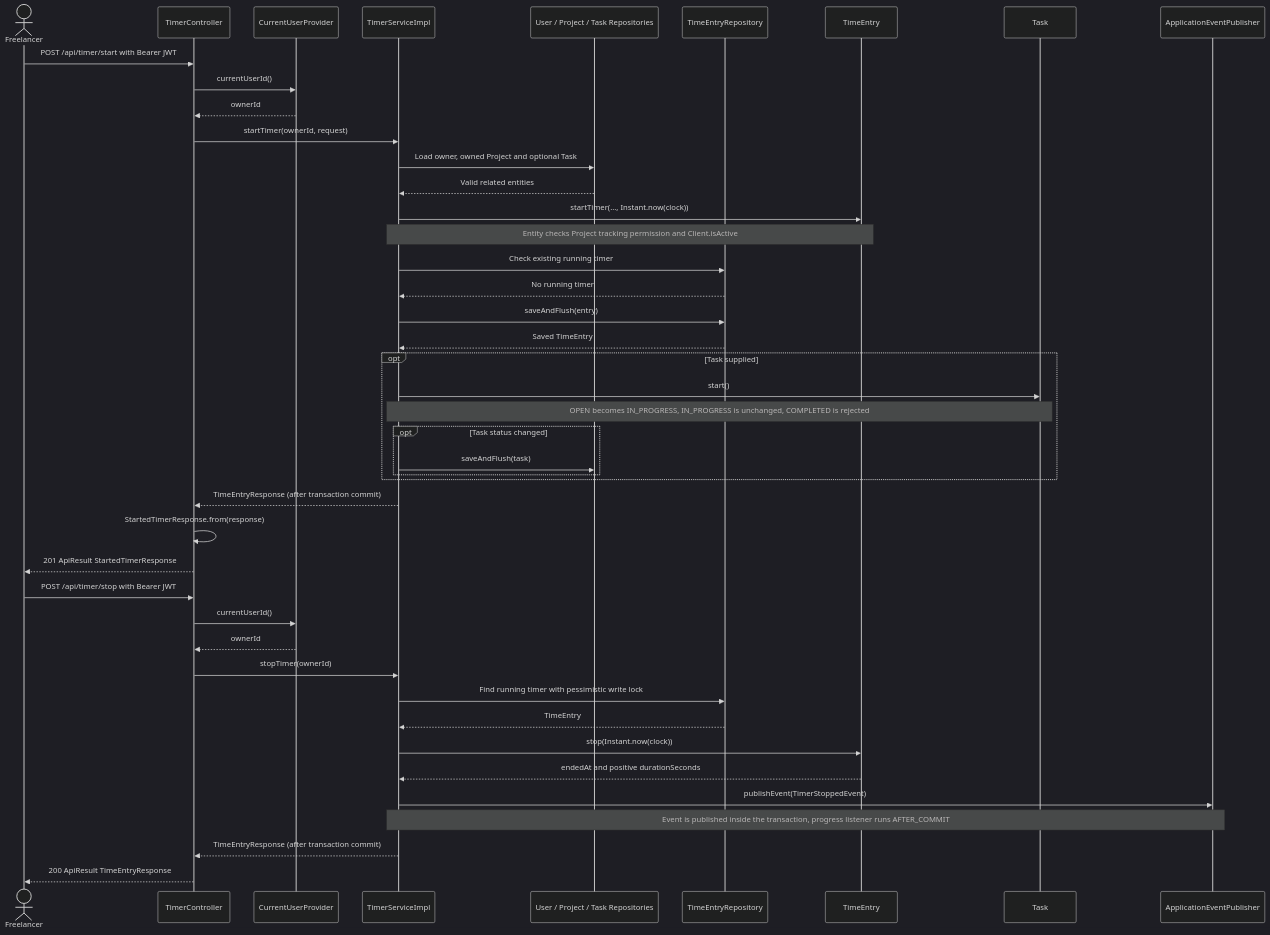
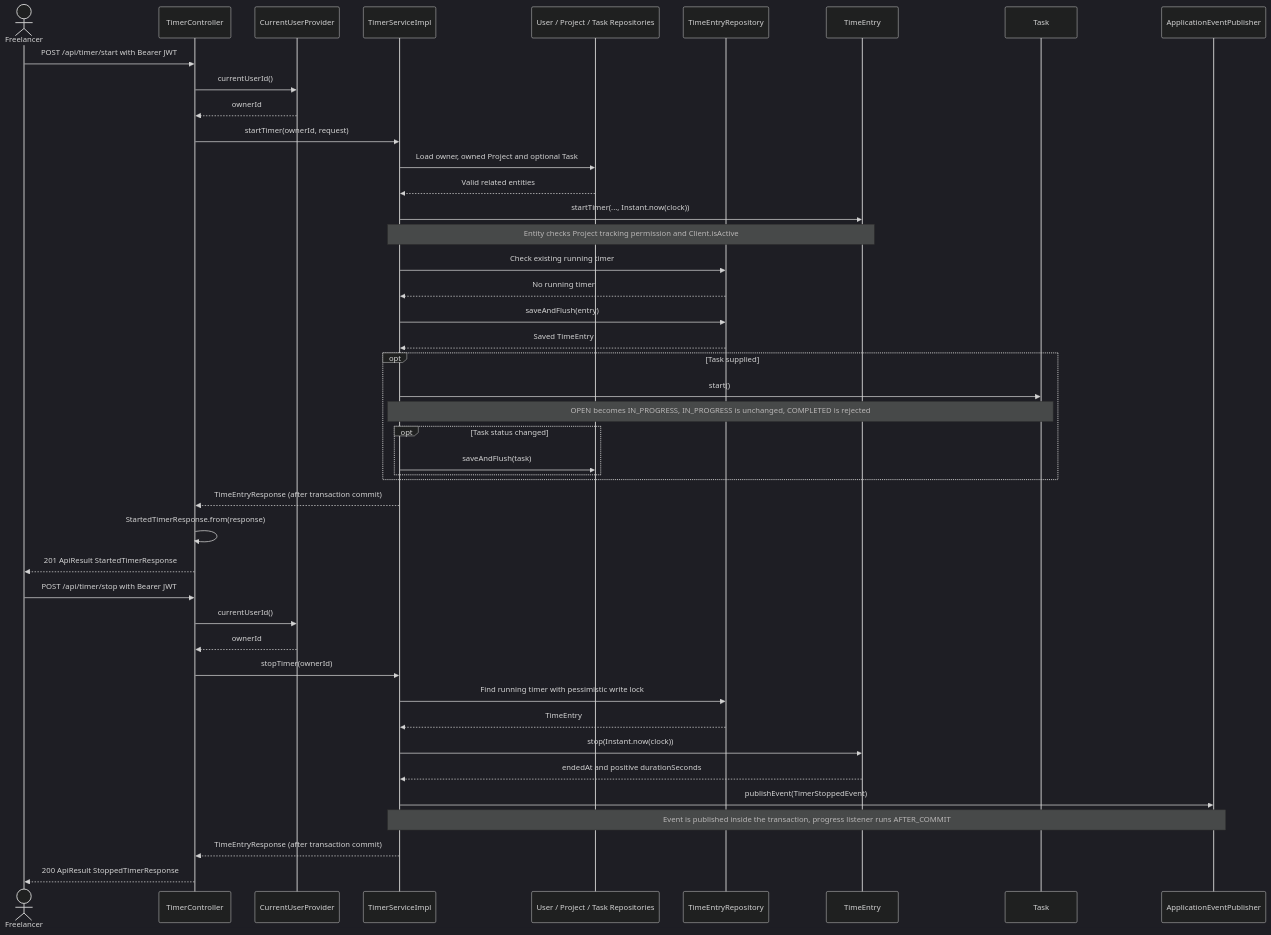
The second of 6 diagrams in doc/diagrams/sequence-diagram.md (lillianxhub/freelance-hub), drawn with Mermaid (dark theme) before and after one commit. The commit also changed other lines of this file and 12 other files, not shown here.

````diff
--- a/doc/diagrams/sequence-diagram.md
+++ b/doc/diagrams/sequence-diagram.md
@@ -63,48 +63,48 @@
 ```mermaid
 sequenceDiagram
     actor F as Freelancer
     participant C as TimerController
     participant U as CurrentUserProvider
     participant S as TimerServiceImpl
     participant P as User / Project / Task Repositories
     participant R as TimeEntryRepository
     participant E as TimeEntry
     participant T as Task
     participant B as ApplicationEventPublisher
 
     F->>C: POST /api/timer/start with Bearer JWT
     C->>U: currentUserId()
     U-->>C: ownerId
     C->>S: startTimer(ownerId, request)
     S->>P: Load owner, owned Project and optional Task
     P-->>S: Valid related entities
     S->>E: startTimer(..., Instant.now(clock))
     Note over S,E: Entity checks Project tracking permission and Client.isActive
     S->>R: Check existing running timer
     R-->>S: No running timer
     S->>R: saveAndFlush(entry)
     R-->>S: Saved TimeEntry
     opt Task supplied
         S->>T: start()
         Note over S,T: OPEN becomes IN_PROGRESS, IN_PROGRESS is unchanged, COMPLETED is rejected
         opt Task status changed
             S->>P: saveAndFlush(task)
         end
     end
     S-->>C: TimeEntryResponse (after transaction commit)
     C->>C: StartedTimerResponse.from(response)
     C-->>F: 201 ApiResult StartedTimerResponse
 
     F->>C: POST /api/timer/stop with Bearer JWT
     C->>U: currentUserId()
     U-->>C: ownerId
     C->>S: stopTimer(ownerId)
     S->>R: Find running timer with pessimistic write lock
     R-->>S: TimeEntry
     S->>E: stop(Instant.now(clock))
     E-->>S: endedAt and positive durationSeconds
     S->>B: publishEvent(TimerStoppedEvent)
     Note over S,B: Event is published inside the transaction, progress listener runs AFTER_COMMIT
     S-->>C: TimeEntryResponse (after transaction commit)
-    C-->>F: 200 ApiResult TimeEntryResponse
+    C-->>F: 200 ApiResult StoppedTimerResponse
 ```
````
